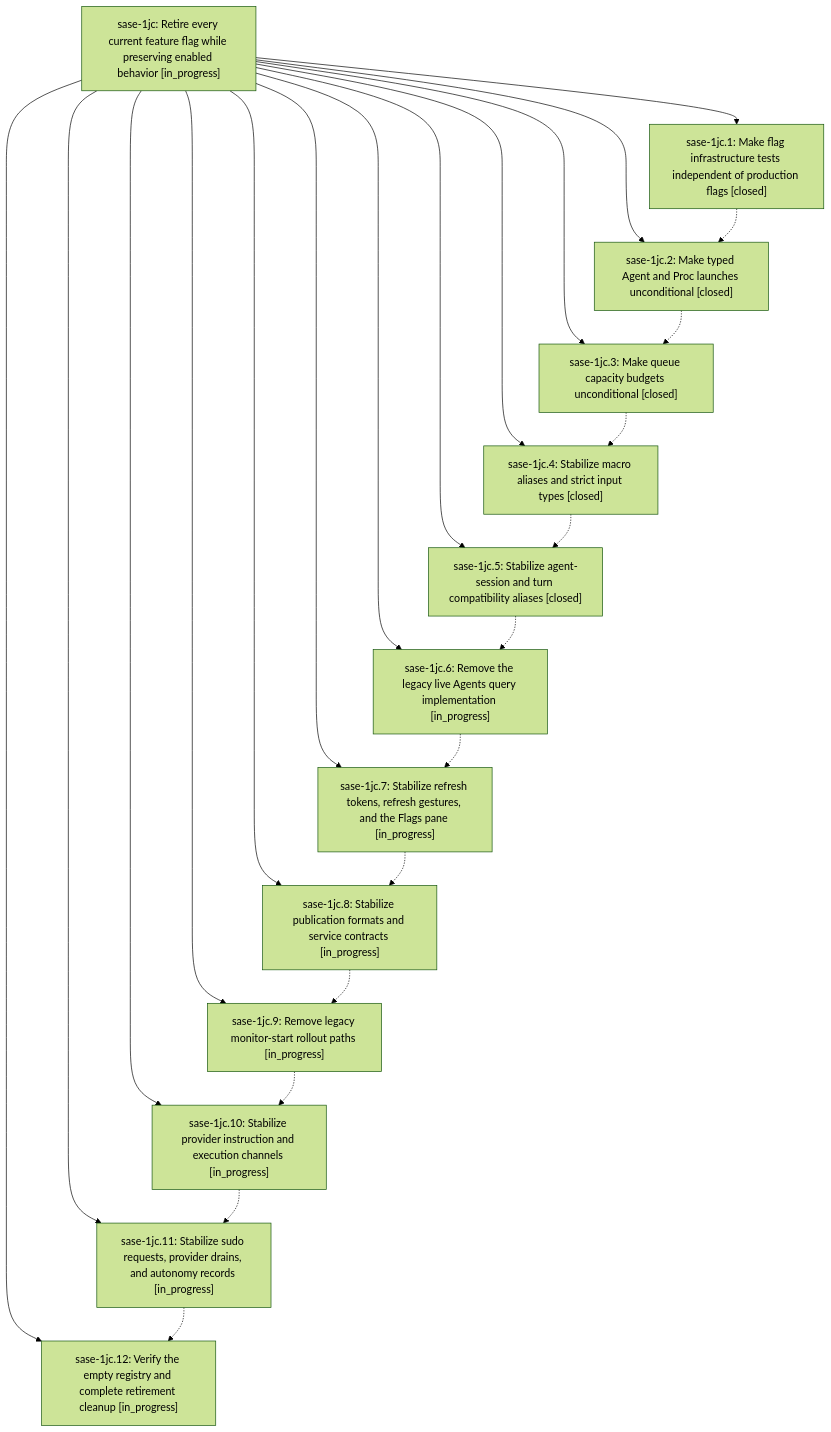
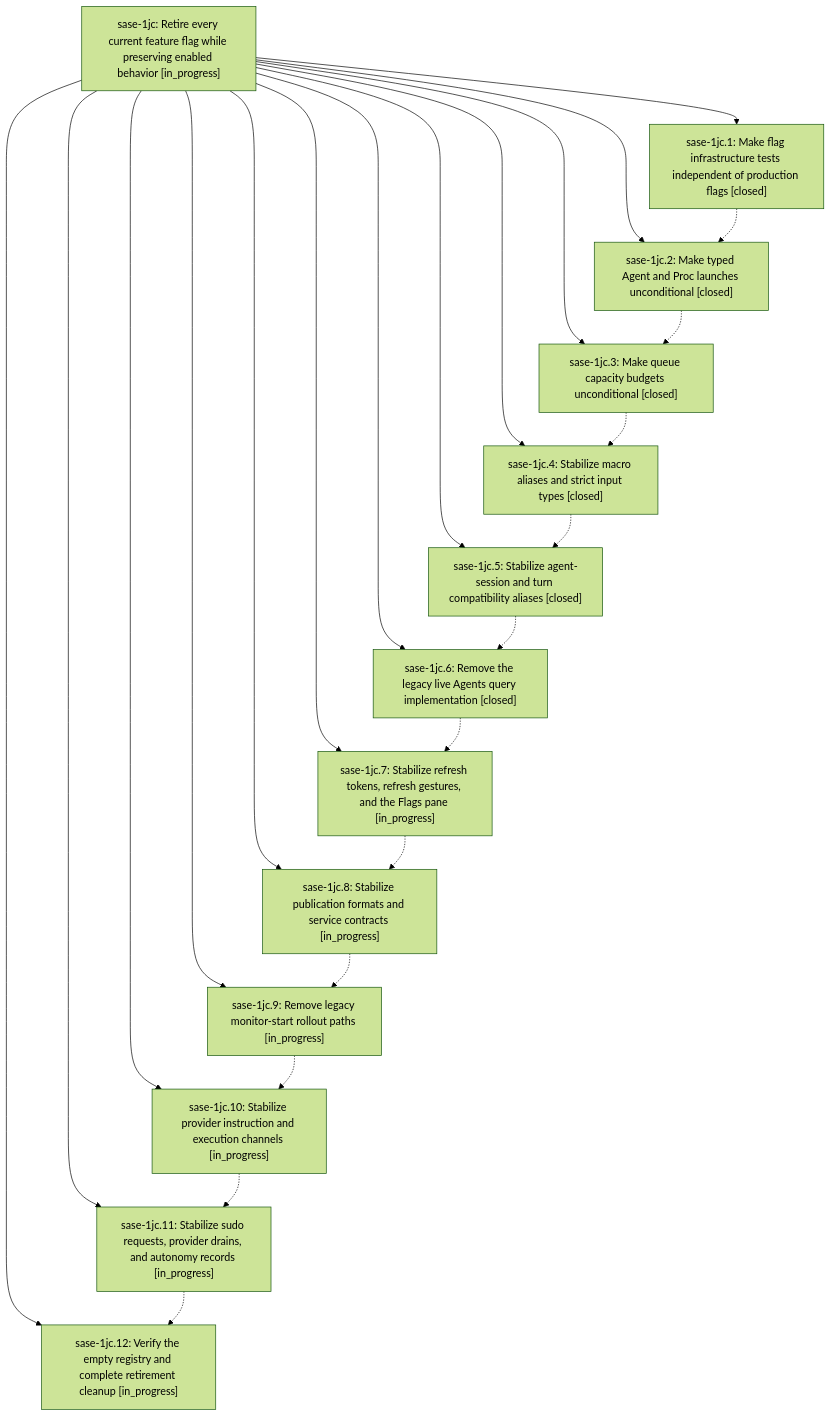
Before and after one commit to sase-org/sase--beads: the diagram in pages/sase-1jc/README.md, drawn with Mermaid (forest theme). The commit also changed other lines of this file and 3 other files, not shown here.

````diff
--- a/pages/sase-1jc/README.md
+++ b/pages/sase-1jc/README.md
@@ -47,39 +53,39 @@
 ```mermaid
 flowchart TD
     n0["sase-1jc: Retire every current feature flag while preserving enabled behavior [in_progress]"]
     n1["sase-1jc.1: Make flag infrastructure tests independent of production flags [closed]"]
     n2["sase-1jc.10: Stabilize provider instruction and execution channels [in_progress]"]
     n3["sase-1jc.11: Stabilize sudo requests, provider drains, and autonomy records [in_progress]"]
     n4["sase-1jc.12: Verify the empty registry and complete retirement cleanup [in_progress]"]
     n5["sase-1jc.2: Make typed Agent and Proc launches unconditional [closed]"]
     n6["sase-1jc.3: Make queue capacity budgets unconditional [closed]"]
     n7["sase-1jc.4: Stabilize macro aliases and strict input types [closed]"]
     n8["sase-1jc.5: Stabilize agent-session and turn compatibility aliases [closed]"]
-    n9["sase-1jc.6: Remove the legacy live Agents query implementation [in_progress]"]
+    n9["sase-1jc.6: Remove the legacy live Agents query implementation [closed]"]
     n10["sase-1jc.7: Stabilize refresh tokens, refresh gestures, and the Flags pane [in_progress]"]
     n11["sase-1jc.8: Stabilize publication formats and service contracts [in_progress]"]
     n12["sase-1jc.9: Remove legacy monitor-start rollout paths [in_progress]"]
     n0 --> n1
     n0 --> n2
     n0 --> n3
     n0 --> n4
     n0 --> n5
     n0 --> n6
     n0 --> n7
     n0 --> n8
     n0 --> n9
     n0 --> n10
     n0 --> n11
     n0 --> n12
     n1 -.-> n5
     n2 -.-> n3
     n3 -.-> n4
     n5 -.-> n6
     n6 -.-> n7
     n7 -.-> n8
     n8 -.-> n9
     n9 -.-> n10
     n10 -.-> n11
     n11 -.-> n12
     n12 -.-> n2
 ```
````
